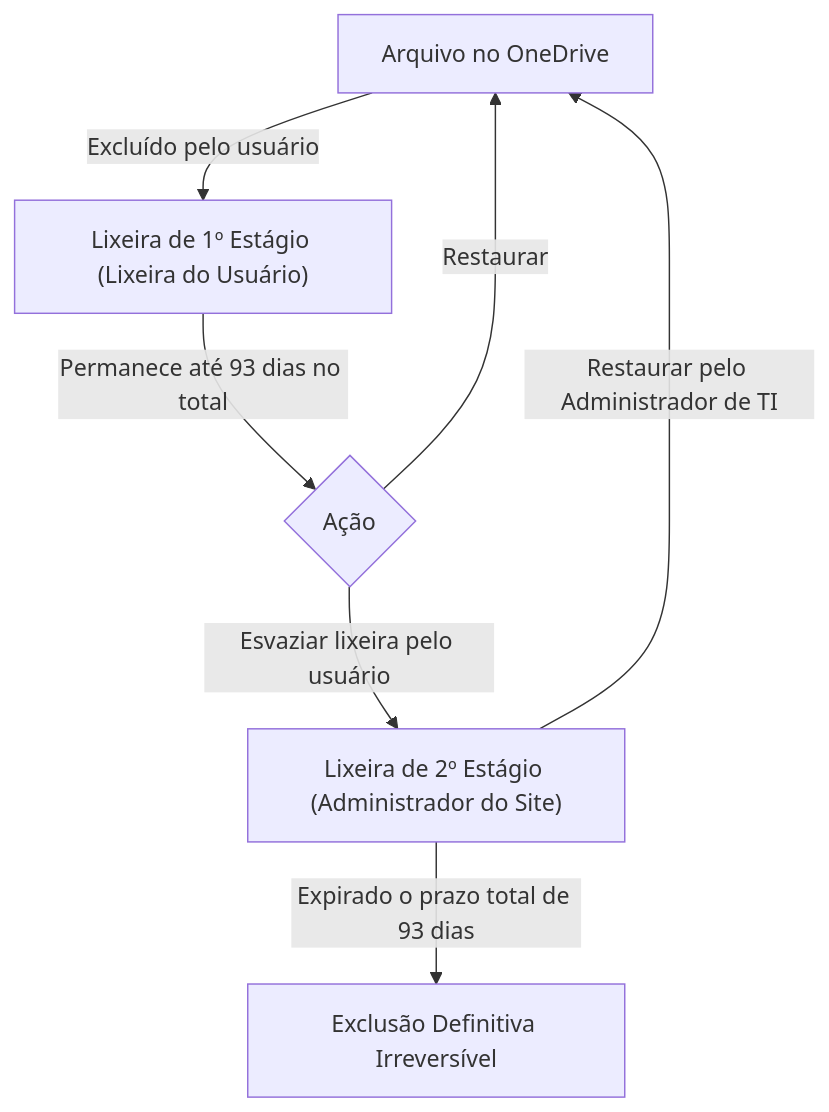
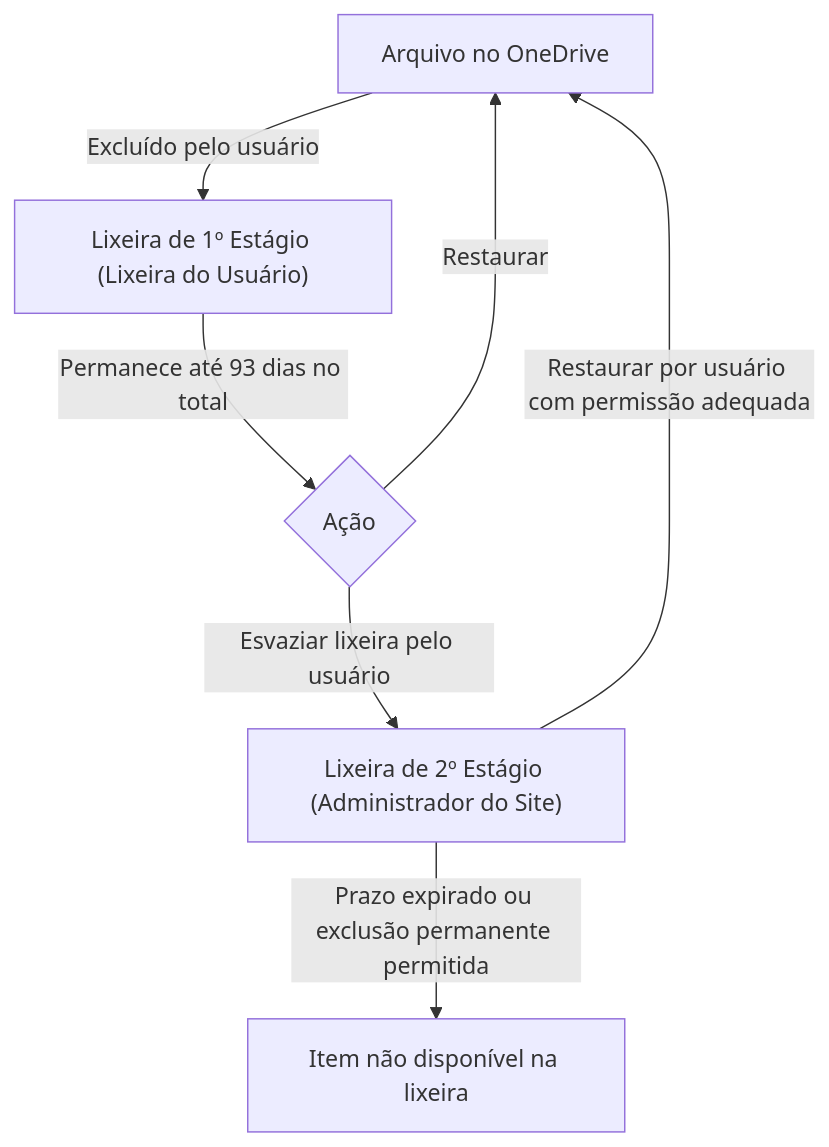
The third of 3 diagrams in 3 - Materias/Informatica/07 - onedrive sincronizacao compartilhamento e permissoes.md (leorruas/concursos), drawn with Mermaid before and after one commit. The commit also changed other lines of this file, not shown here.

````diff
--- a/3 - Materias/Informatica/07 - onedrive sincronizacao compartilhamento e permissoes.md
+++ b/3 - Materias/Informatica/07 - onedrive sincronizacao compartilhamento e permissoes.md
@@ -94,9 +94,9 @@
 ```mermaid
 flowchart TD
     Arq["Arquivo no OneDrive"] -->|Excluído pelo usuário| L1["Lixeira de 1º Estágio (Lixeira do Usuário)"]
     L1 -->|Permanece até 93 dias no total| L1_Op{"Ação"}
     L1_Op -->|Restaurar| Arq
     L1_Op -->|Esvaziar lixeira pelo usuário| L2["Lixeira de 2º Estágio (Administrador do Site)"]
-    L2 -->|Restaurar pelo Administrador de TI| Arq
-    L2 -->|Expirado o prazo total de 93 dias| Fim["Exclusão Definitiva Irreversível"]
+    L2 -->|Restaurar por usuário com permissão adequada| Arq
+    L2 -->|Prazo expirado ou exclusão permanente permitida| Fim["Item não disponível na lixeira"]
 ```
````
